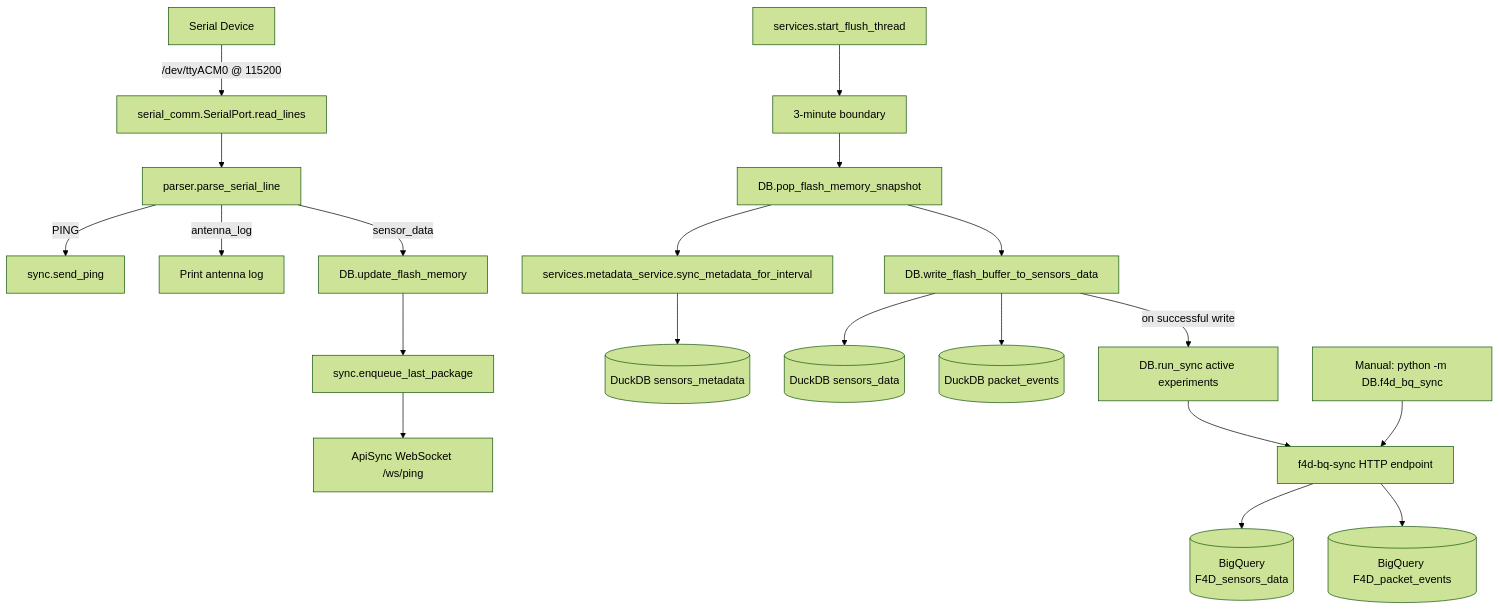
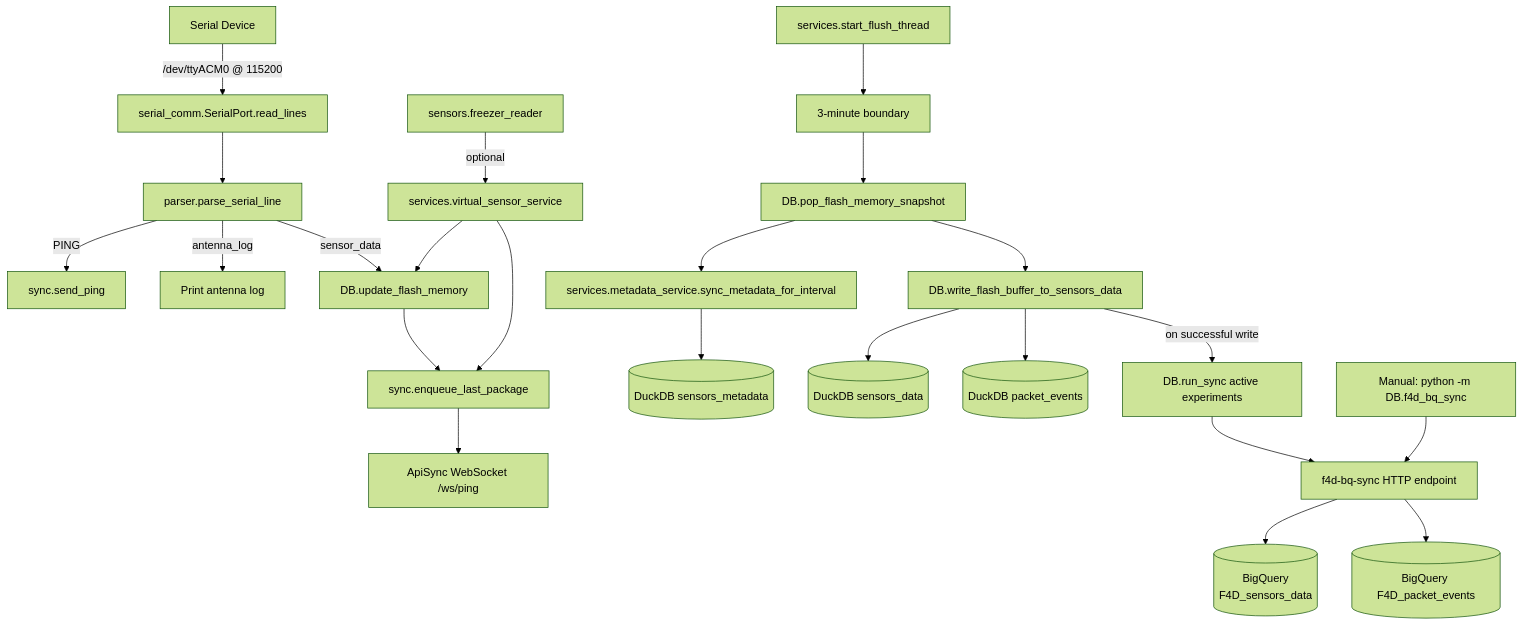
Before and after one commit to field-4d/cloud: the first of 2 diagrams in F4D_python/README.md, drawn with Mermaid (forest theme). The commit also changed other lines of this file and 18 other files, not shown here.

First line of the commit message:
Update README and enhance Field4D components for virtual freezer sensor integration

````diff
--- a/F4D_python/README.md
+++ b/F4D_python/README.md
@@ -25,26 +31,30 @@
 ```mermaid
 flowchart TD
   A[Serial Device] -->|/dev/ttyACM0 @ 115200| B[serial_comm.SerialPort.read_lines]
   B --> C[parser.parse_serial_line]
 
   C -->|PING| D[sync.send_ping]
   C -->|antenna_log| E[Print antenna log]
   C -->|sensor_data| F[DB.update_flash_memory]
 
   F --> G[sync.enqueue_last_package]
   G --> H[ApiSync WebSocket /ws/ping]
+
+  VF[sensors.freezer_reader] -->|optional| VS[services.virtual_sensor_service]
+  VS --> F
+  VS --> G
 
   I[services.start_flush_thread] --> J[3-minute boundary]
   J --> K[DB.pop_flash_memory_snapshot]
   K --> N[services.metadata_service.sync_metadata_for_interval]
   N --> O[(DuckDB sensors_metadata)]
   K --> L[DB.write_flash_buffer_to_sensors_data]
   L --> M[(DuckDB sensors_data)]
   L --> P[(DuckDB packet_events)]
   L -->|on successful write| Q[DB.run_sync active experiments]
   Q --> R[f4d-bq-sync HTTP endpoint]
 
   S[Manual: python -m DB.f4d_bq_sync] --> R
   R --> BQ1[(BigQuery \nF4D_sensors_data)]
   R --> BQ2[(BigQuery F4D_packet_events)]
 ```
````
